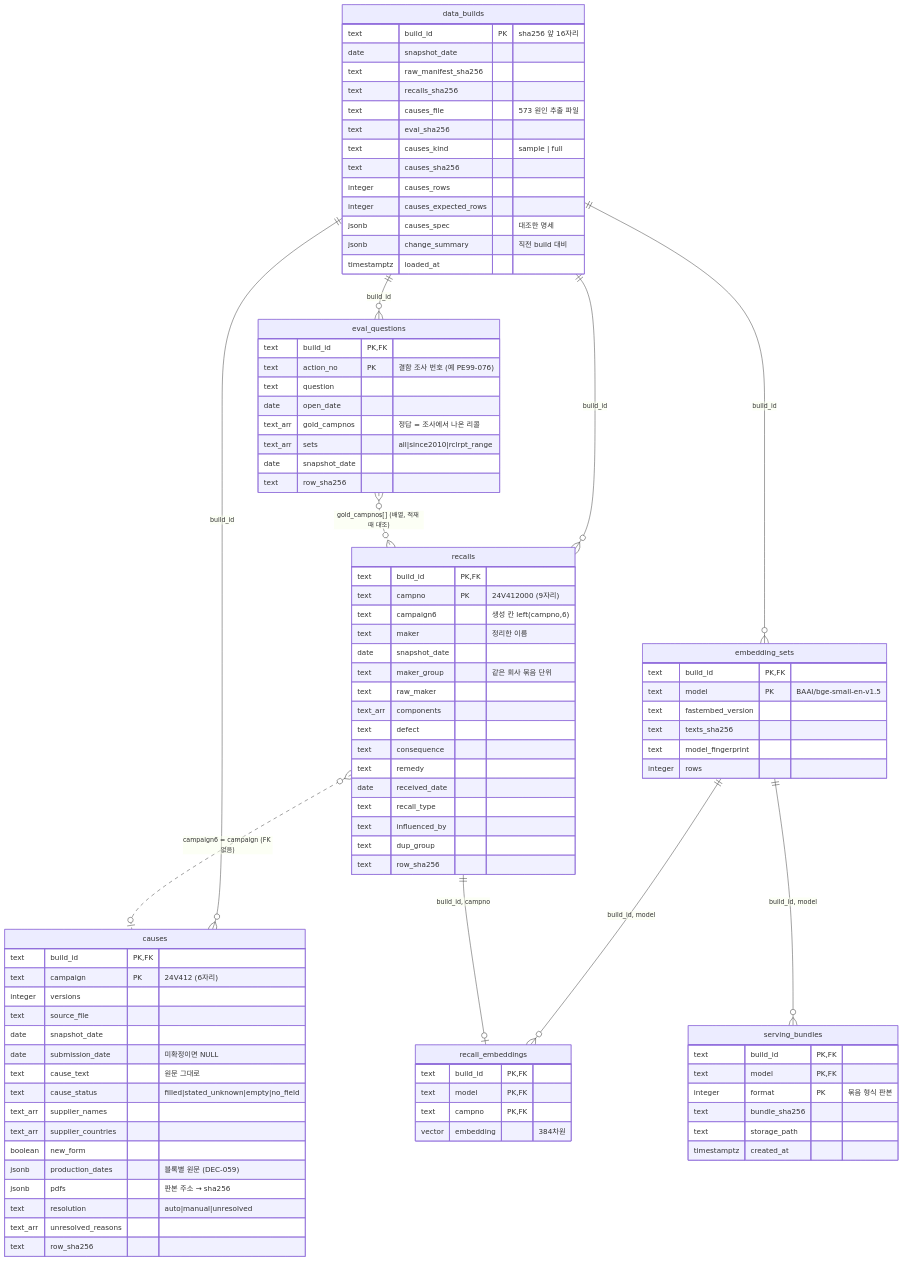
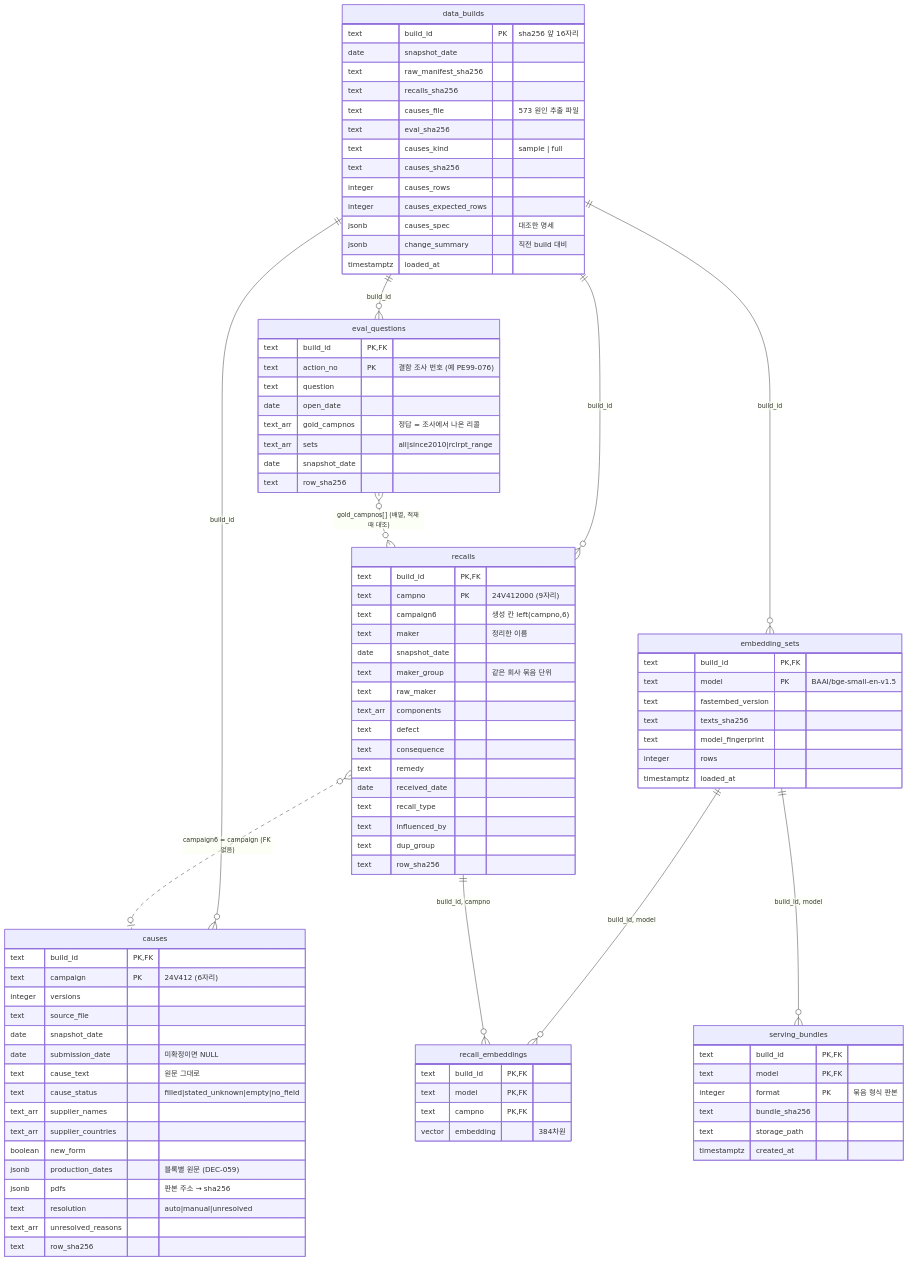
Before and after one commit to jh3779/recall-casebook: the second of 3 diagrams in docs/ERD.md, drawn with Mermaid. The commit also changed other lines of this file and 3 other files, not shown here.

First line of the commit message:
docs: 2차 리뷰·Codex 지적 반영 — WAF 상태·2014-08 이전 리콜 표현·ERD 묶음 흐름과 칸을 바로잡는다

```diff
--- a/docs/ERD.md
+++ b/docs/ERD.md
@@ -48,7 +50,7 @@
     data_builds ||--o{ causes : "build_id"
     data_builds ||--o{ embedding_sets : "build_id"
     embedding_sets ||--o{ recall_embeddings : "build_id, model"
-    recalls ||--o| recall_embeddings : "build_id, campno"
+    recalls ||--o{ recall_embeddings : "build_id, campno"
     embedding_sets ||--o{ serving_bundles : "build_id, model"
     recalls }o..o| causes : "campaign6 = campaign (FK 없음)"
     eval_questions }o..o{ recalls : "gold_campnos[] (배열, 적재 때 대조)"
@@ -121,6 +123,7 @@
         text texts_sha256
         text model_fingerprint
         integer rows
+        timestamptz loaded_at
     }
     recall_embeddings {
         text build_id PK,FK
```
